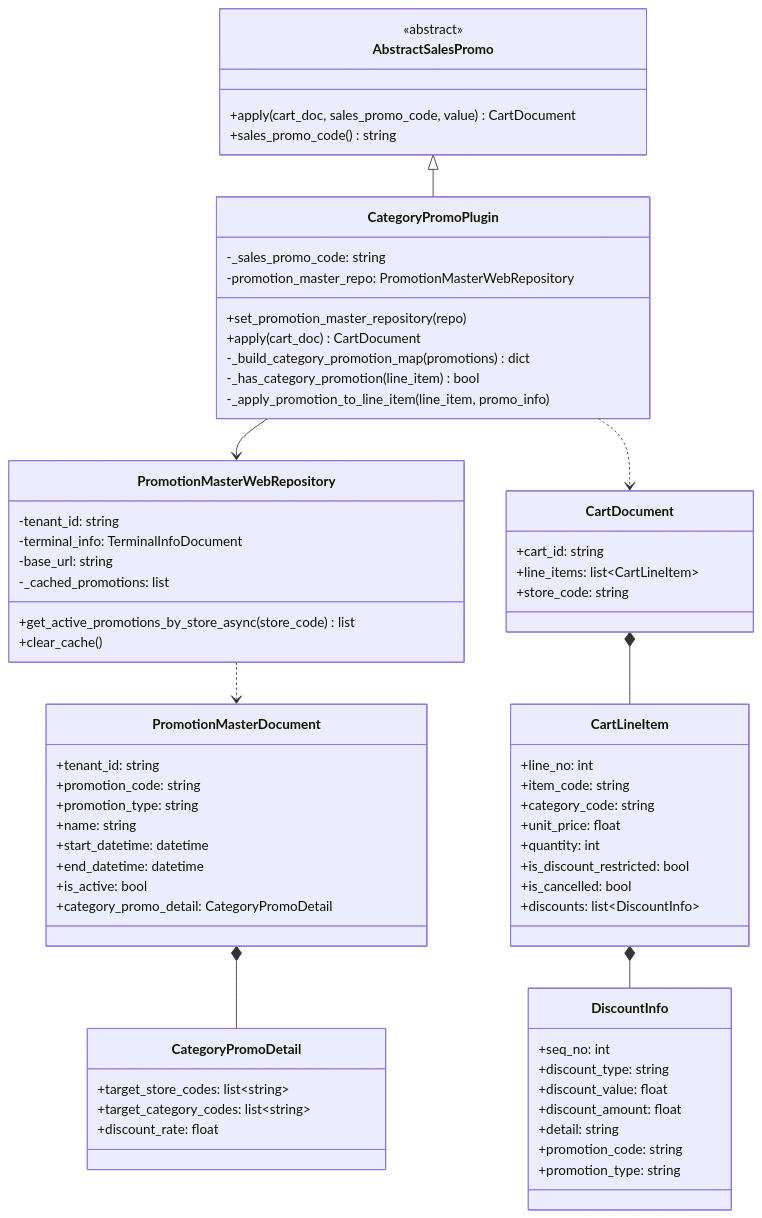
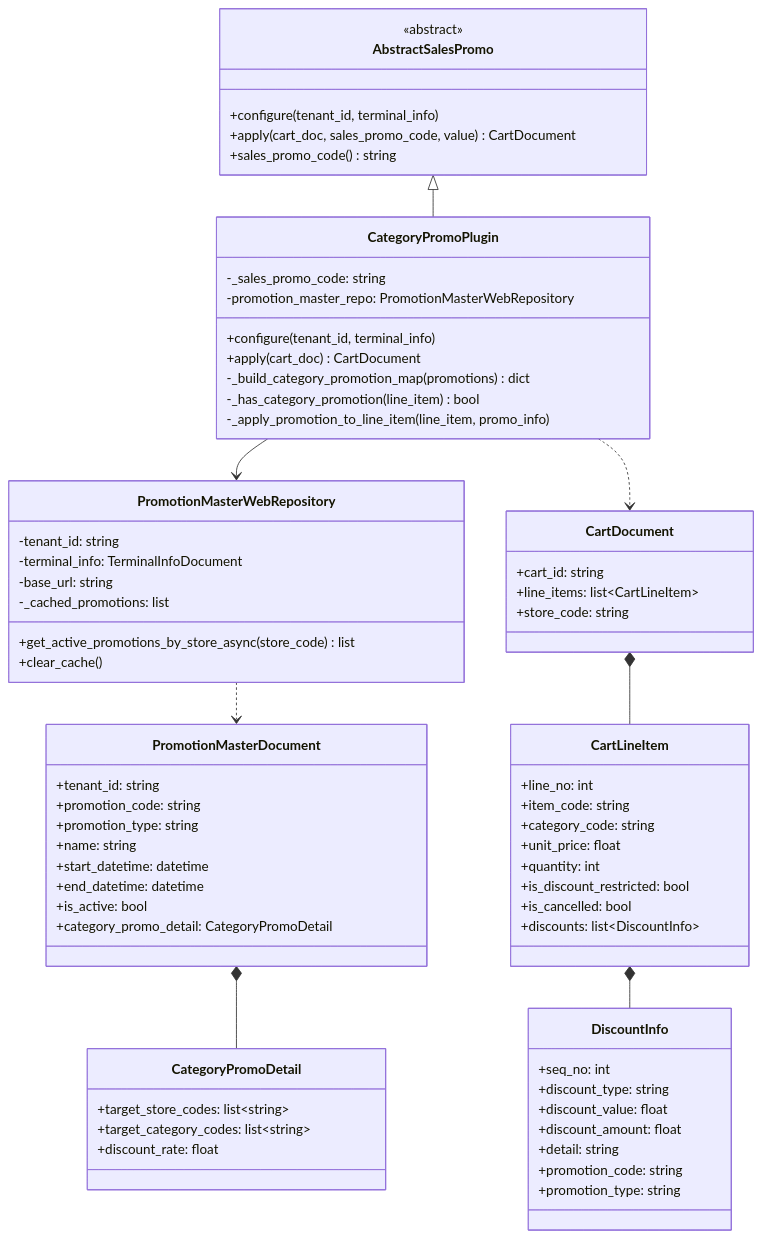
Before and after one commit to kugel-masa/kugelpos-backend: the third of 8 diagrams in specs/1-category-promo/architecture-diagrams.md, drawn with Mermaid. The commit also changed other lines of this file and 1 other file, not shown here.

First line of the commit message:
docs: Update diagrams and tasks to reflect plugin self-configuration pattern

````diff
--- a/specs/1-category-promo/architecture-diagrams.md
+++ b/specs/1-category-promo/architecture-diagrams.md
@@ -104,79 +108,80 @@
 ```mermaid
 classDiagram
     class AbstractSalesPromo {
         <<abstract>>
+        +configure(tenant_id, terminal_info)
         +apply(cart_doc, sales_promo_code, value) CartDocument
         +sales_promo_code() string
     }
 
     class CategoryPromoPlugin {
         -_sales_promo_code: string
         -promotion_master_repo: PromotionMasterWebRepository
-        +set_promotion_master_repository(repo)
+        +configure(tenant_id, terminal_info)
         +apply(cart_doc) CartDocument
         -_build_category_promotion_map(promotions) dict
         -_has_category_promotion(line_item) bool
         -_apply_promotion_to_line_item(line_item, promo_info)
     }
 
     class PromotionMasterWebRepository {
         -tenant_id: string
         -terminal_info: TerminalInfoDocument
         -base_url: string
         -_cached_promotions: list
         +get_active_promotions_by_store_async(store_code) list
         +clear_cache()
     }
 
     class PromotionMasterDocument {
         +tenant_id: string
         +promotion_code: string
         +promotion_type: string
         +name: string
         +start_datetime: datetime
         +end_datetime: datetime
         +is_active: bool
         +category_promo_detail: CategoryPromoDetail
     }
 
     class CategoryPromoDetail {
         +target_store_codes: list~string~
         +target_category_codes: list~string~
         +discount_rate: float
     }
 
     class CartDocument {
         +cart_id: string
         +line_items: list~CartLineItem~
         +store_code: string
     }
 
     class CartLineItem {
         +line_no: int
         +item_code: string
         +category_code: string
         +unit_price: float
         +quantity: int
         +is_discount_restricted: bool
         +is_cancelled: bool
         +discounts: list~DiscountInfo~
     }
 
     class DiscountInfo {
         +seq_no: int
         +discount_type: string
         +discount_value: float
         +discount_amount: float
         +detail: string
         +promotion_code: string
         +promotion_type: string
     }
 
     AbstractSalesPromo <|-- CategoryPromoPlugin
     CategoryPromoPlugin --> PromotionMasterWebRepository
     PromotionMasterWebRepository ..> PromotionMasterDocument
     PromotionMasterDocument *-- CategoryPromoDetail
     CartDocument *-- CartLineItem
     CartLineItem *-- DiscountInfo
     CategoryPromoPlugin ..> CartDocument
 ```
````
